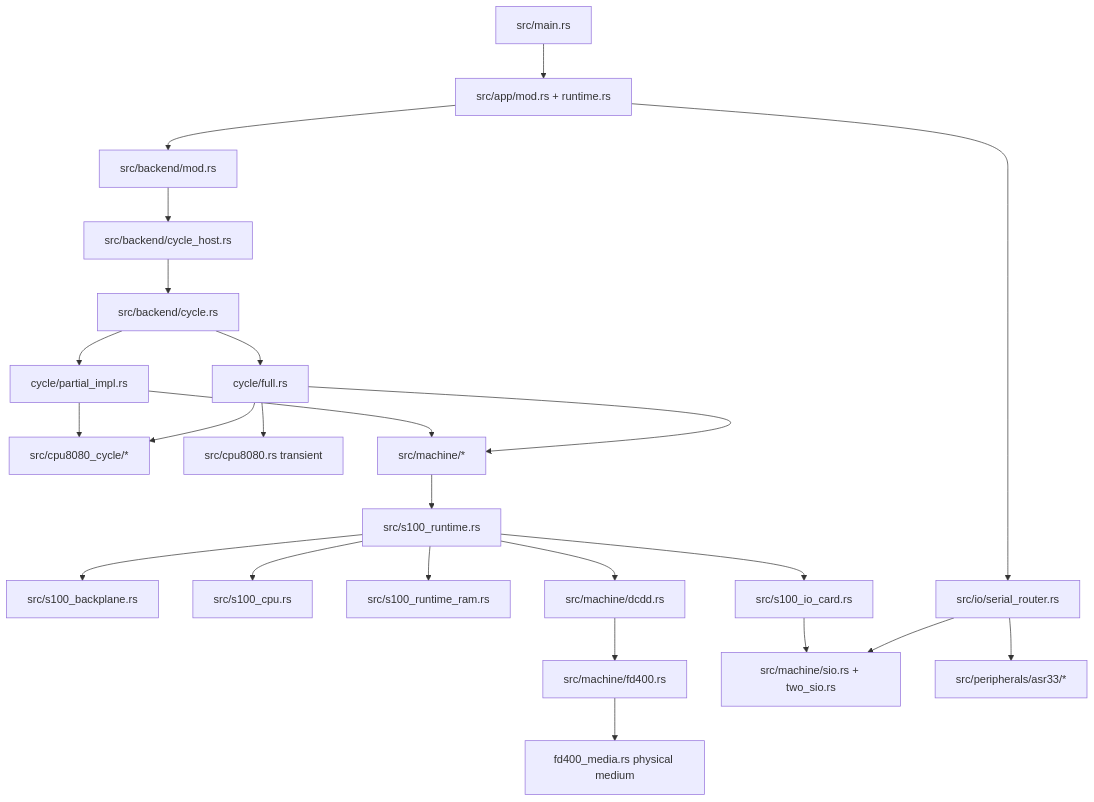
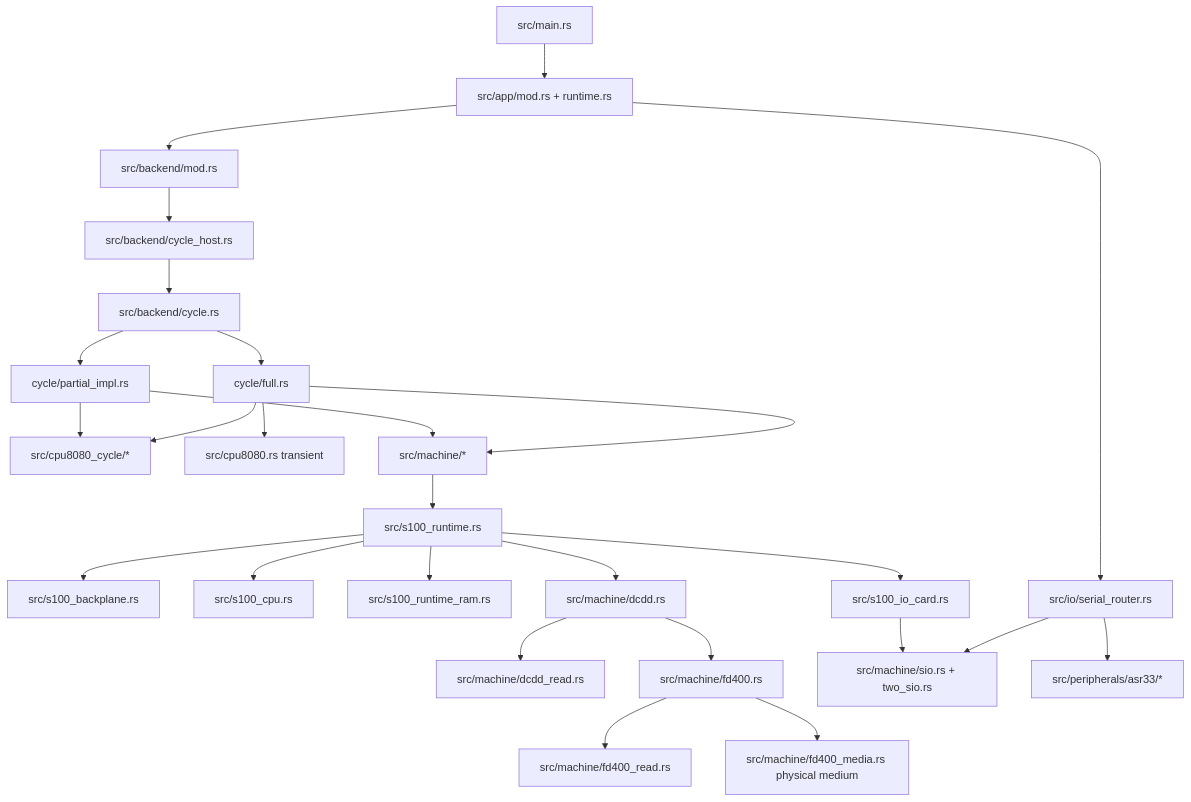
One commit to TheWinterLynx/RusTair changed the diagram in docs/SOURCE_REFERENCE.md. Above: the diagram before and after it, drawn with Mermaid. The commit also changed other lines of this file, not shown here.

Commit message:
Document DCDD authentic read modules

````diff
--- a/docs/SOURCE_REFERENCE.md
+++ b/docs/SOURCE_REFERENCE.md
@@ -233,26 +235,28 @@
 ```mermaid
 flowchart TB
     MAIN[src/main.rs] --> APP[src/app/mod.rs + runtime.rs]
     APP --> BACKEND[src/backend/mod.rs]
     BACKEND --> HOST[src/backend/cycle_host.rs]
     HOST --> CYCLE[src/backend/cycle.rs]
     CYCLE --> PARTIAL[cycle/partial_impl.rs]
     CYCLE --> FULL[cycle/full.rs]
     PARTIAL --> CPU[src/cpu8080_cycle/*]
     FULL --> SEM[src/cpu8080.rs transient]
     FULL --> CPU
     PARTIAL --> MACH[src/machine/*]
     FULL --> MACH
     MACH --> RUNTIME[src/s100_runtime.rs]
     RUNTIME --> BP[src/s100_backplane.rs]
     RUNTIME --> CPUB[src/s100_cpu.rs]
     RUNTIME --> RAM[src/s100_runtime_ram.rs]
     RUNTIME --> IO[src/s100_io_card.rs]
     RUNTIME --> DCDD[src/machine/dcdd.rs]
+    DCDD --> DCDDREAD[src/machine/dcdd_read.rs]
     DCDD --> FD400[src/machine/fd400.rs]
-    FD400 --> MEDIA[fd400_media.rs physical medium]
+    FD400 --> FDREAD[src/machine/fd400_read.rs]
+    FD400 --> MEDIA[src/machine/fd400_media.rs physical medium]
     IO --> SERIAL[src/machine/sio.rs + two_sio.rs]
     APP --> ROUTER[src/io/serial_router.rs]
     ROUTER --> SERIAL
     ROUTER --> ASR[src/peripherals/asr33/*]
 ```
````
